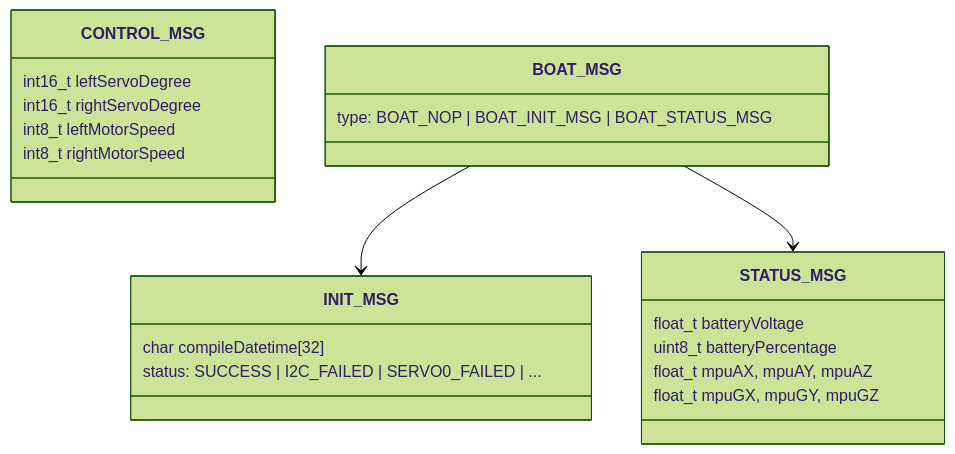
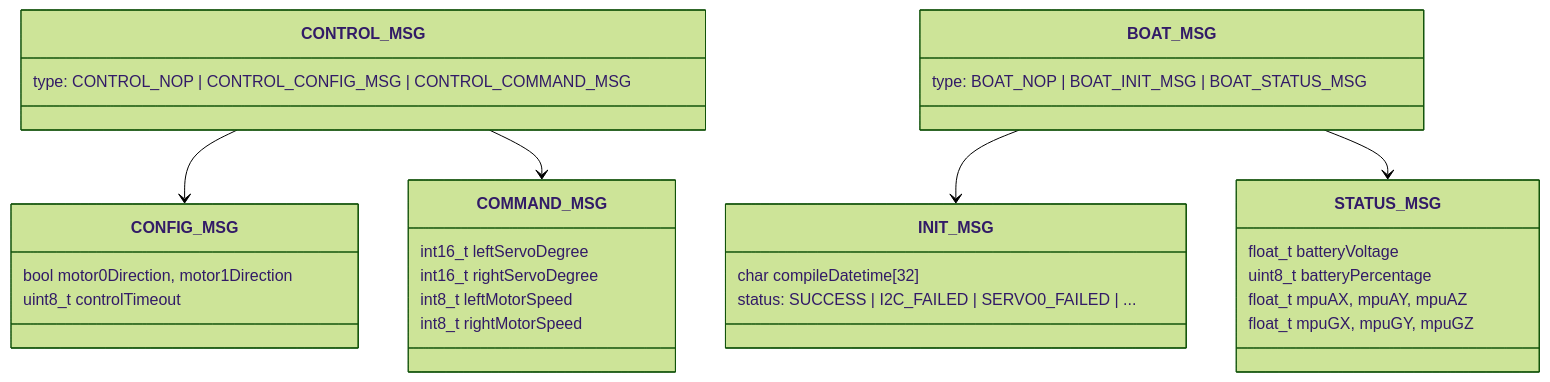
The second of 3 diagrams in README.md (langningchen/innovation), drawn with Mermaid (forest theme) before and after one commit. The commit also changed 10 other files, not shown here.

Commit message:
Implement control message structure and configuration handling for motor control

````diff
--- a/README.md
+++ b/README.md
@@ -47,27 +47,39 @@
 ```mermaid
 classDiagram
     class CONTROL_MSG {
+        type: CONTROL_NOP | CONTROL_CONFIG_MSG | CONTROL_COMMAND_MSG
+    }
+
+    class CONFIG_MSG {
+        bool motor0Direction, motor1Direction
+        uint8_t controlTimeout
+    }
+
+    class COMMAND_MSG {
         int16_t leftServoDegree
         int16_t rightServoDegree
         int8_t leftMotorSpeed
         int8_t rightMotorSpeed
     }
+
+    CONTROL_MSG --> CONFIG_MSG
+    CONTROL_MSG --> COMMAND_MSG
 
     class BOAT_MSG {
         type: BOAT_NOP | BOAT_INIT_MSG | BOAT_STATUS_MSG
     }
 
     class INIT_MSG {
         char compileDatetime[32]
         status: SUCCESS | I2C_FAILED | SERVO0_FAILED | ...
     }
 
     class STATUS_MSG {
         float_t batteryVoltage
         uint8_t batteryPercentage
         float_t mpuAX, mpuAY, mpuAZ
         float_t mpuGX, mpuGY, mpuGZ
     }
     BOAT_MSG --> INIT_MSG
     BOAT_MSG --> STATUS_MSG
 ```
````
